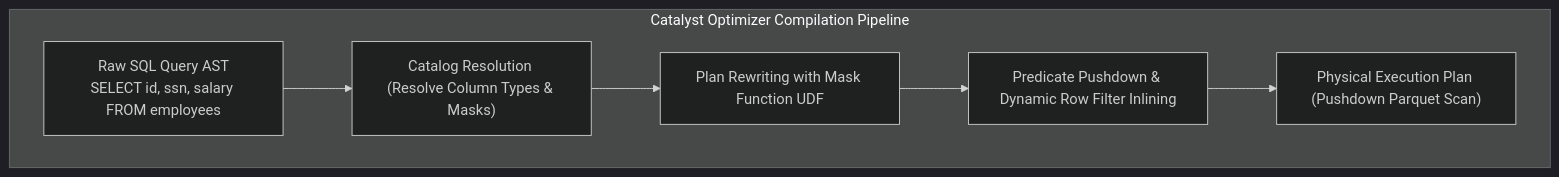
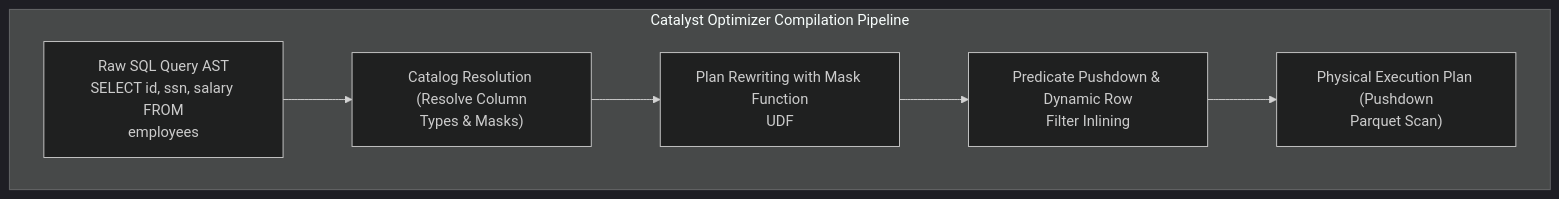
Before and after one commit to santoshjammi29/security-handbook: the second of 2 diagrams in architectures/02_unity_catalog_and_lakehouse_governance_internals.md, drawn with Mermaid (dark theme). The commit also changed 22 other files, not shown here.

Commit message:
fix(diagrams): word-wrap labels and escape comparison operators across all diagrams

````diff
--- a/architectures/02_unity_catalog_and_lakehouse_governance_internals.md
+++ b/architectures/02_unity_catalog_and_lakehouse_governance_internals.md
@@ -59,9 +59,9 @@
 ```mermaid
 flowchart TD
     subgraph QueryCompilation["Catalyst Optimizer Compilation Pipeline"]
-        AST["Raw SQL Query AST<br>SELECT id, ssn, salary FROM employees"] --> Resolve["Catalog Resolution (Resolve Column Types & Masks)"]
-        Resolve --> Rewrite["Plan Rewriting with Mask Function UDF"]
-        Rewrite --> PredicatePush["Predicate Pushdown & Dynamic Row Filter Inlining"]
-        PredicatePush --> ExecPlan["Physical Execution Plan (Pushdown Parquet Scan)"]
+        AST["Raw SQL Query AST<br/>SELECT id, ssn, salary FROM<br/>employees"] --> Resolve["Catalog Resolution (Resolve Column<br/>Types & Masks)"]
+        Resolve --> Rewrite["Plan Rewriting with Mask Function<br/>UDF"]
+        Rewrite --> PredicatePush["Predicate Pushdown & Dynamic Row<br/>Filter Inlining"]
+        PredicatePush --> ExecPlan["Physical Execution Plan (Pushdown<br/>Parquet Scan)"]
     end
 ```
````
